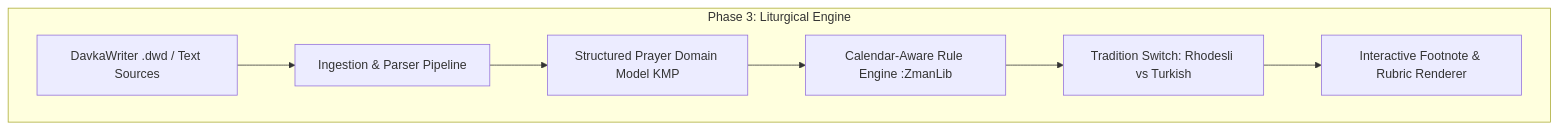
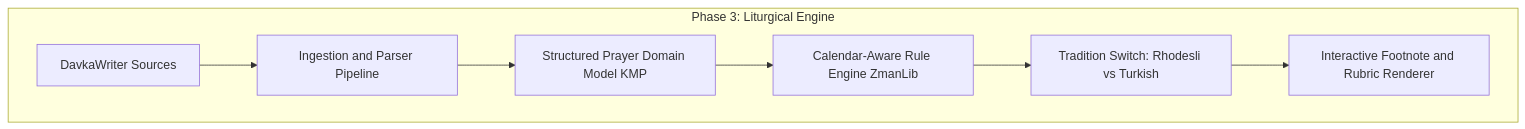
One commit to jgindin/zmanim changed the fourth of 7 diagrams in docs/superpowers/specs/master-roadmap.md. Above: the diagram before and after it, drawn with Mermaid. The commit also changed other lines of this file and 1 other file, not shown here.

Commit message:
Fix mermaid syntax across master roadmap and implementation plan

````diff
--- a/docs/superpowers/specs/master-roadmap.md
+++ b/docs/superpowers/specs/master-roadmap.md
@@ -125,10 +125,10 @@
 ```mermaid
-graph TD
-    subgraph "Phase 3: Liturgical Engine"
-        D1[DavkaWriter .dwd / Text Sources] --> D2[Ingestion & Parser Pipeline]
-        D2 --> D3[Structured Prayer Domain Model KMP]
-        D3 --> D4[Calendar-Aware Rule Engine :ZmanLib]
-        D4 --> D5[Tradition Switch: Rhodesli vs Turkish]
-        D5 --> D6[Interactive Footnote & Rubric Renderer]
+flowchart TD
+    subgraph Liturgical_Engine ["Phase 3: Liturgical Engine"]
+        D1["DavkaWriter Sources"] --> D2["Ingestion and Parser Pipeline"]
+        D2 --> D3["Structured Prayer Domain Model KMP"]
+        D3 --> D4["Calendar-Aware Rule Engine ZmanLib"]
+        D4 --> D5["Tradition Switch: Rhodesli vs Turkish"]
+        D5 --> D6["Interactive Footnote and Rubric Renderer"]
     end
 ```
````
